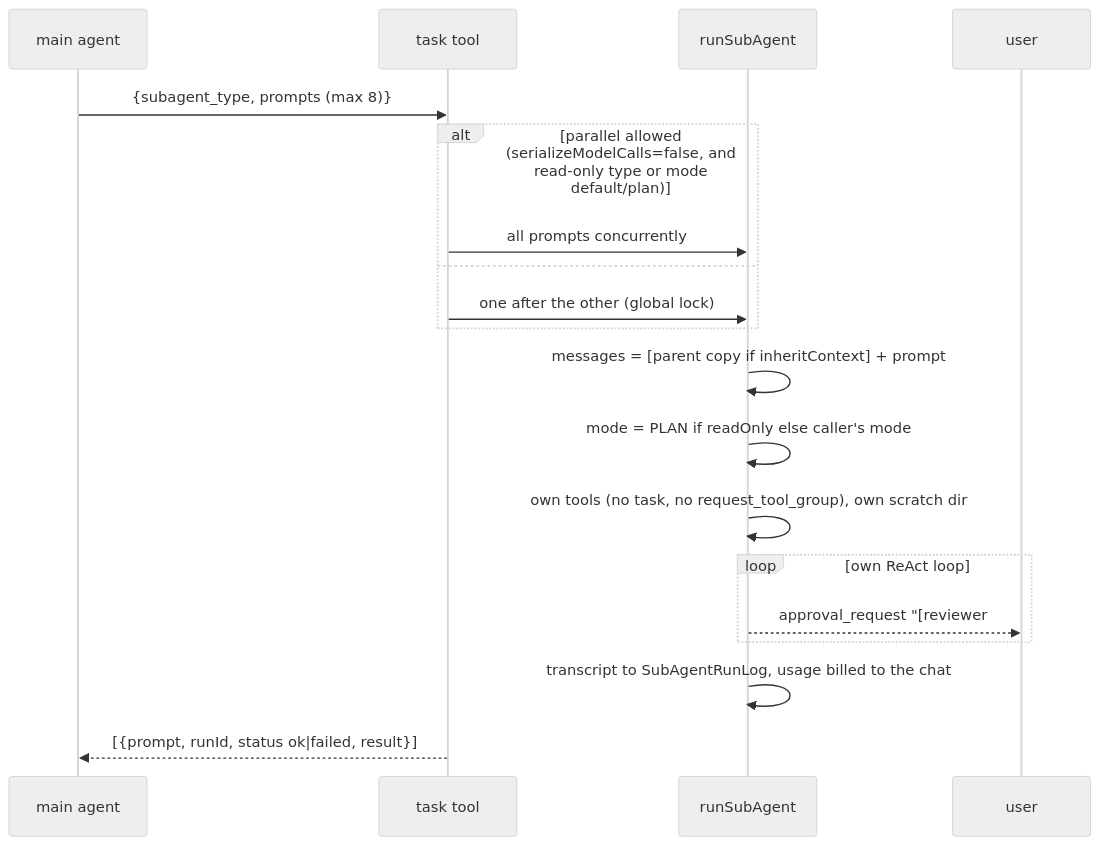
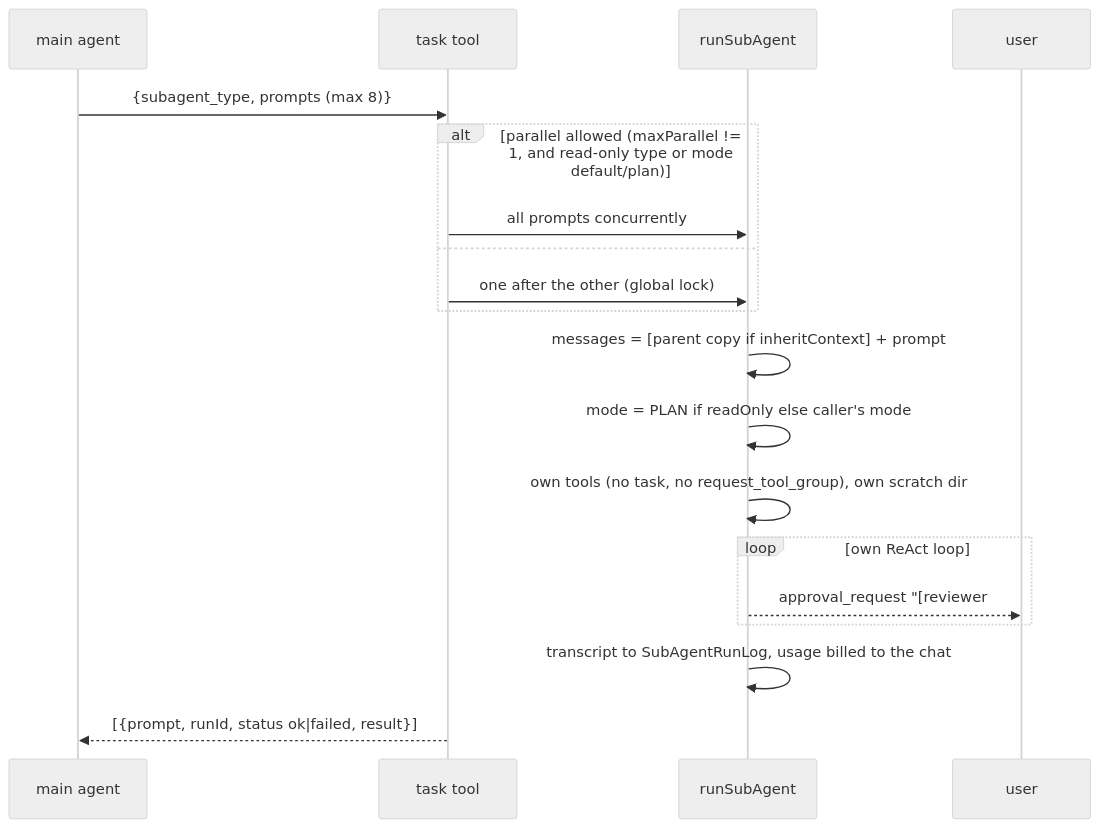
One commit to kendarorg/jllm changed the third of 3 diagrams in docs/EXTENDING.md. Above: the diagram before and after it, drawn with Mermaid (neutral theme). The commit also changed other lines of this file and 183 other files, not shown here.

````diff
--- a/docs/EXTENDING.md
+++ b/docs/EXTENDING.md
@@ -251,21 +288,21 @@
 ```mermaid
 sequenceDiagram
     participant M as main agent
     participant T as task tool
     participant S as runSubAgent
     participant U as user
     M->>T: {subagent_type, prompts (max 8)}
-    alt parallel allowed (serializeModelCalls=false, and read-only type or mode default/plan)
+    alt parallel allowed (maxParallel != 1, and read-only type or mode default/plan)
         T->>S: all prompts concurrently
     else
         T->>S: one after the other (global lock)
     end
     S->>S: messages = [parent copy if inheritContext] + prompt
     S->>S: mode = PLAN if readOnly else caller's mode
     S->>S: own tools (no task, no request_tool_group), own scratch dir
     loop own ReAct loop
         S-->>U: approval_request "[reviewer #3] bash" via parent sink
     end
     S->>S: transcript to SubAgentRunLog, usage billed to the chat
     T-->>M: [{prompt, runId, status ok|failed, result}]
 ```
````
